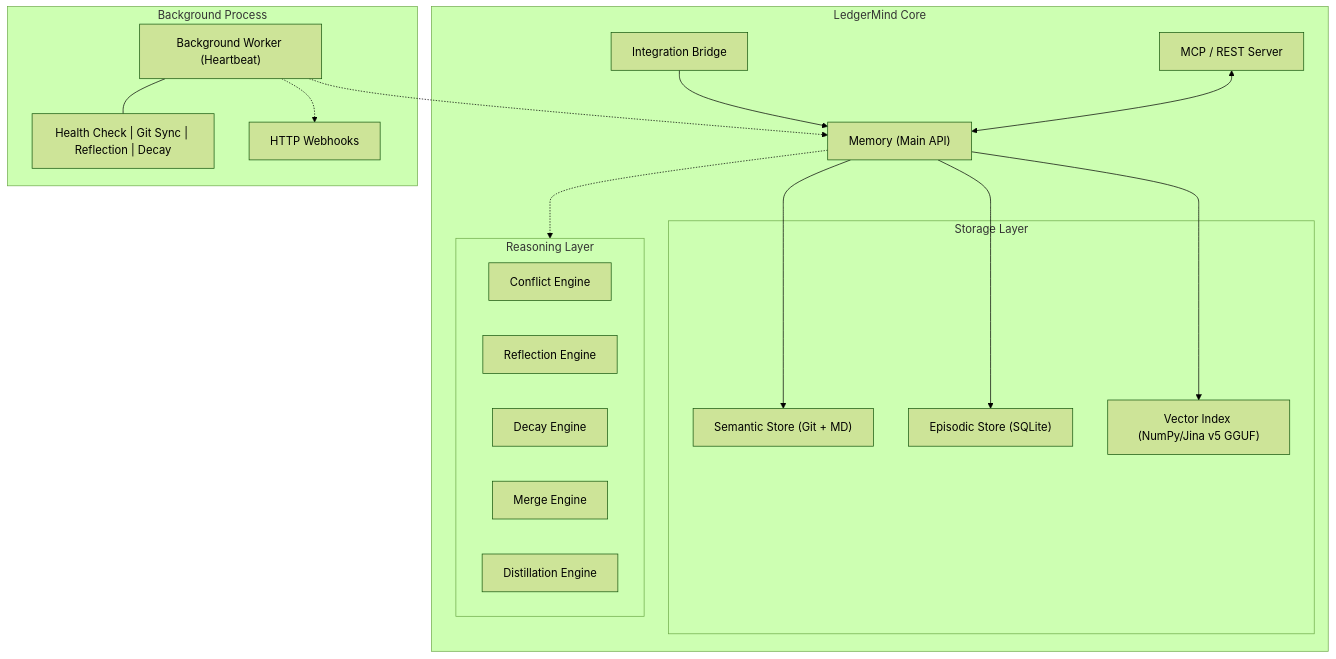
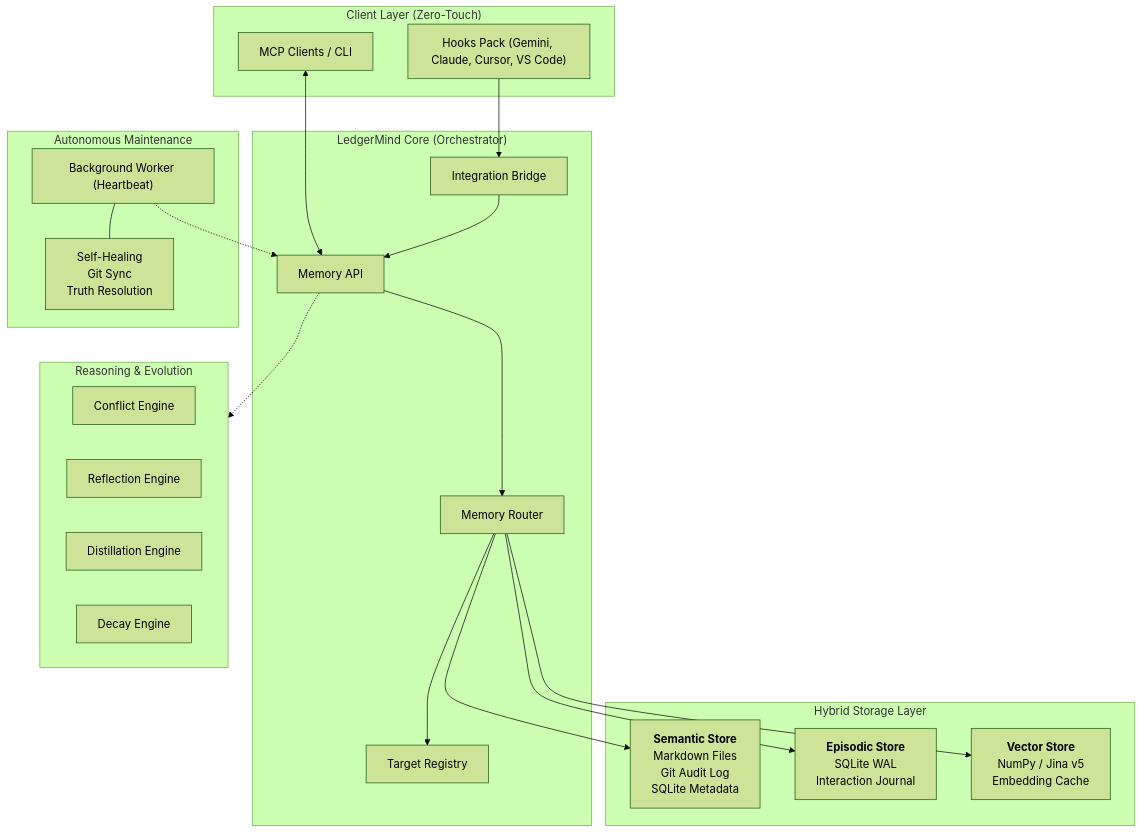
One commit to sl4m3/ledgermind changed the diagram in README.md. Above: the diagram before and after it, drawn with Mermaid (forest theme). The commit also changed other lines of this file, not shown here.

Commit message:
docs: update architecture diagram in README.md to reflect current core components and zero-touch hooks

````diff
--- a/README.md
+++ b/README.md
@@ -98,39 +100,47 @@
 ```mermaid
 graph TD
-    subgraph Core ["LedgerMind Core"]
-        Bridge["Integration Bridge"]
-        Memory["Memory (Main API)"]
-        Server["MCP / REST Server"]
-        
-        Bridge --> Memory
-        Server <--> Memory
-        
-        subgraph Stores ["Storage Layer"]
-            Semantic["Semantic Store (Git + MD)"]
-            Episodic["Episodic Store (SQLite)"]
-            Vector["Vector Index (NumPy/Jina v5 GGUF)"]
-        end
-        
-        Memory --> Semantic
-        Memory --> Episodic
-        Memory --> Vector
-        
-        subgraph Reasoning ["Reasoning Layer"]
-            Conflict["Conflict Engine"]
-            Reflection["Reflection Engine"]
-            Decay["Decay Engine"]
-            Merge["Merge Engine"]
-            Distillation["Distillation Engine"]
-        end
-        
-        Memory -.-> Reasoning
+    subgraph Clients ["Client Layer (Zero-Touch)"]
+        Hooks["Hooks Pack (Gemini, Claude, Cursor, VS Code)"]
+        MCP["MCP Clients / CLI"]
     end
 
-    subgraph Background ["Background Process"]
+    subgraph Core ["LedgerMind Core (Orchestrator)"]
+        Bridge["Integration Bridge"]
+        Memory["Memory API"]
+        Router["Memory Router"]
+        Registry["Target Registry"]
+        
+        Hooks --> Bridge
+        MCP <--> Memory
+        Bridge --> Memory
+        Memory --> Router
+        Router --> Registry
+    end
+
+    subgraph Stores ["Hybrid Storage Layer"]
+        Semantic["<b>Semantic Store</b><br/>Markdown Files<br/>Git Audit Log<br/>SQLite Metadata"]
+        Episodic["<b>Episodic Store</b><br/>SQLite WAL<br/>Interaction Journal"]
+        Vector["<b>Vector Store</b><br/>NumPy / Jina v5<br/>Embedding Cache"]
+    end
+
+    Router --> Semantic
+    Router --> Episodic
+    Router --> Vector
+
+    subgraph Reasoning ["Reasoning & Evolution"]
+        Conflict["Conflict Engine"]
+        Reflection["Reflection Engine"]
+        Distillation["Distillation Engine"]
+        Decay["Decay Engine"]
+    end
+
+    Memory -.-> Reasoning
+    
+    subgraph Maintenance ["Autonomous Maintenance"]
         Worker["Background Worker (Heartbeat)"]
-        Worker --- WorkerAction["Health Check | Git Sync | Reflection | Decay"]
-        Worker -.-> Webhooks["HTTP Webhooks"]
+        WorkerAction["Self-Healing<br/>Git Sync<br/>Truth Resolution"]
+        Worker --- WorkerAction
     end
-    
+
     Worker -.-> Memory
 ```
````
